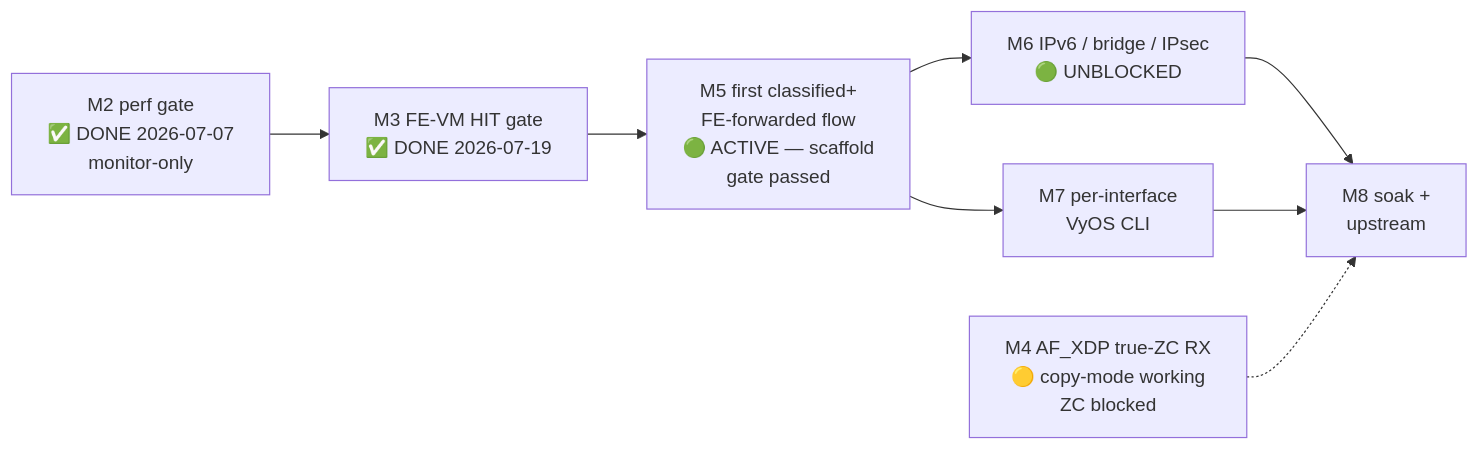
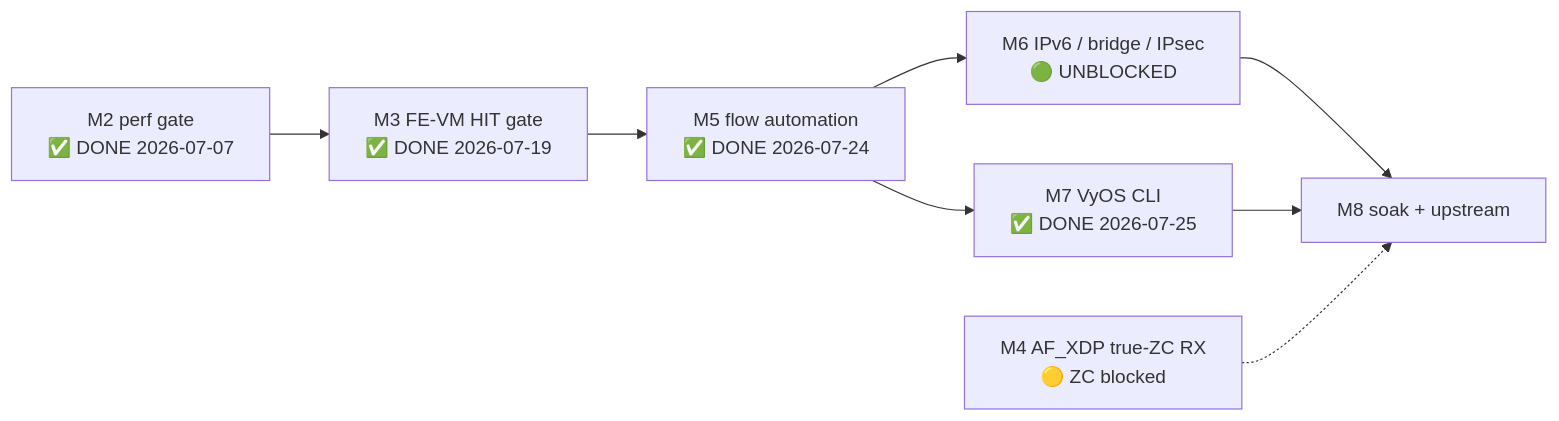
Before and after one commit to Daegara/vyos-ls1046a-build: the diagram in plans/ASK2-MASTER-PLAN.md, drawn with Mermaid. The commit also changed other lines of this file, not shown here.

First line of the commit message:
docs(ask2): T-M6-5 split — Part 1 (strategic) DONE, Part 2 (engineering) opened

````diff
--- a/plans/ASK2-MASTER-PLAN.md
+++ b/plans/ASK2-MASTER-PLAN.md
@@ -314,10 +150,10 @@
 ```mermaid
 graph LR
-    M2["M2 perf gate<br/>✅ DONE 2026-07-07<br/>monitor-only"] --> M3["M3 FE-VM HIT gate<br/>✅ DONE 2026-07-19"]
-    M3 --> M5["M5 first classified+<br/>FE-forwarded flow<br/>🟢 ACTIVE — scaffold<br/>gate passed"]
+    M2["M2 perf gate<br/>✅ DONE 2026-07-07"] --> M3["M3 FE-VM HIT gate<br/>✅ DONE 2026-07-19"]
+    M3 --> M5["M5 flow automation<br/>✅ DONE 2026-07-24"]
     M5 --> M6["M6 IPv6 / bridge / IPsec<br/>🟢 UNBLOCKED"]
-    M5 --> M7["M7 per-interface<br/>VyOS CLI"]
-    M6 --> M8["M8 soak +<br/>upstream"]
+    M5 --> M7["M7 VyOS CLI<br/>✅ DONE 2026-07-25"]
+    M6 --> M8["M8 soak + upstream"]
     M7 --> M8
-    M4["M4 AF_XDP true-ZC RX<br/>🟡 copy-mode working<br/>ZC blocked"] -.-> M8
+    M4["M4 AF_XDP true-ZC RX<br/>🟡 ZC blocked"] -.-> M8
 ```
````
